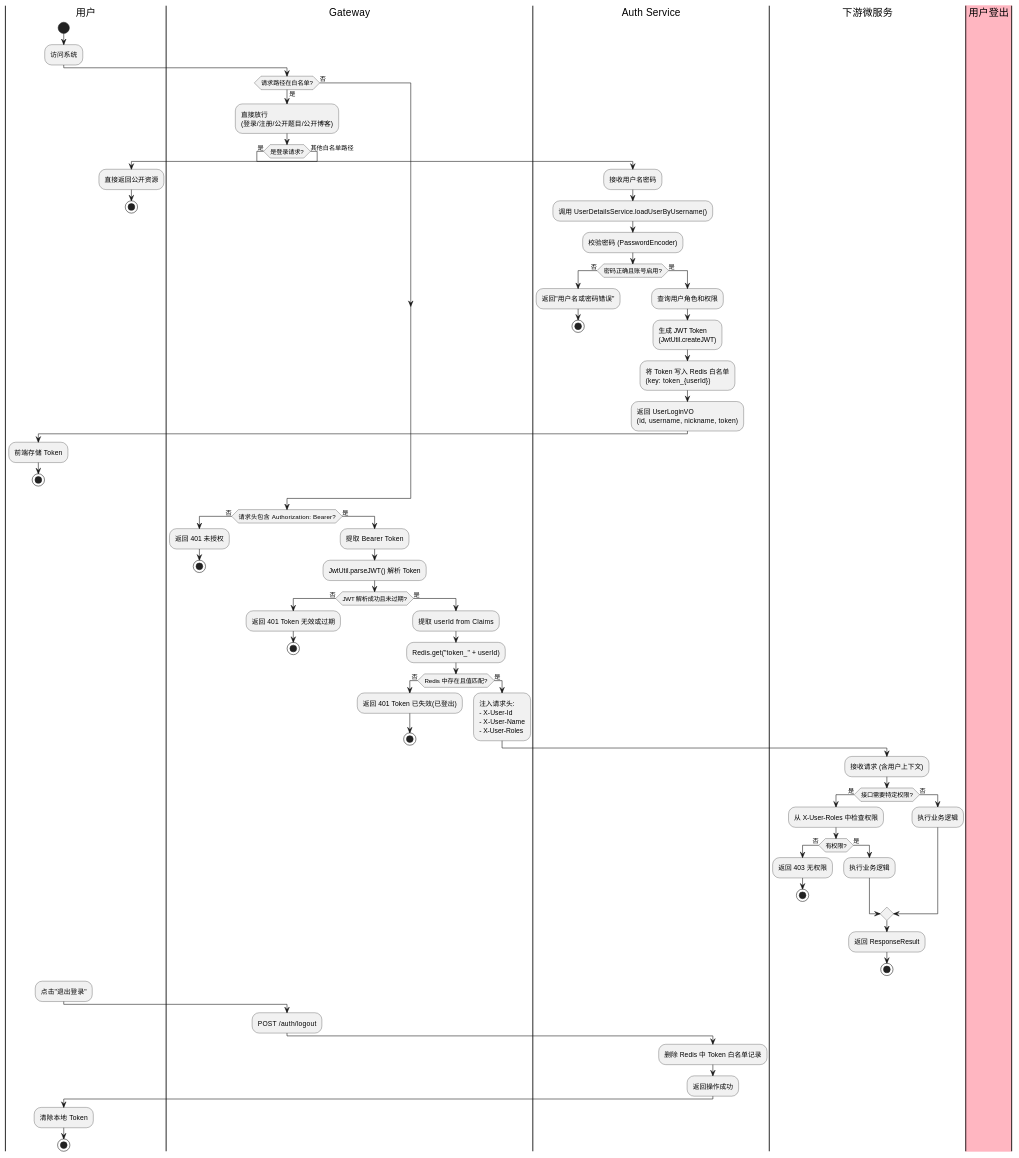
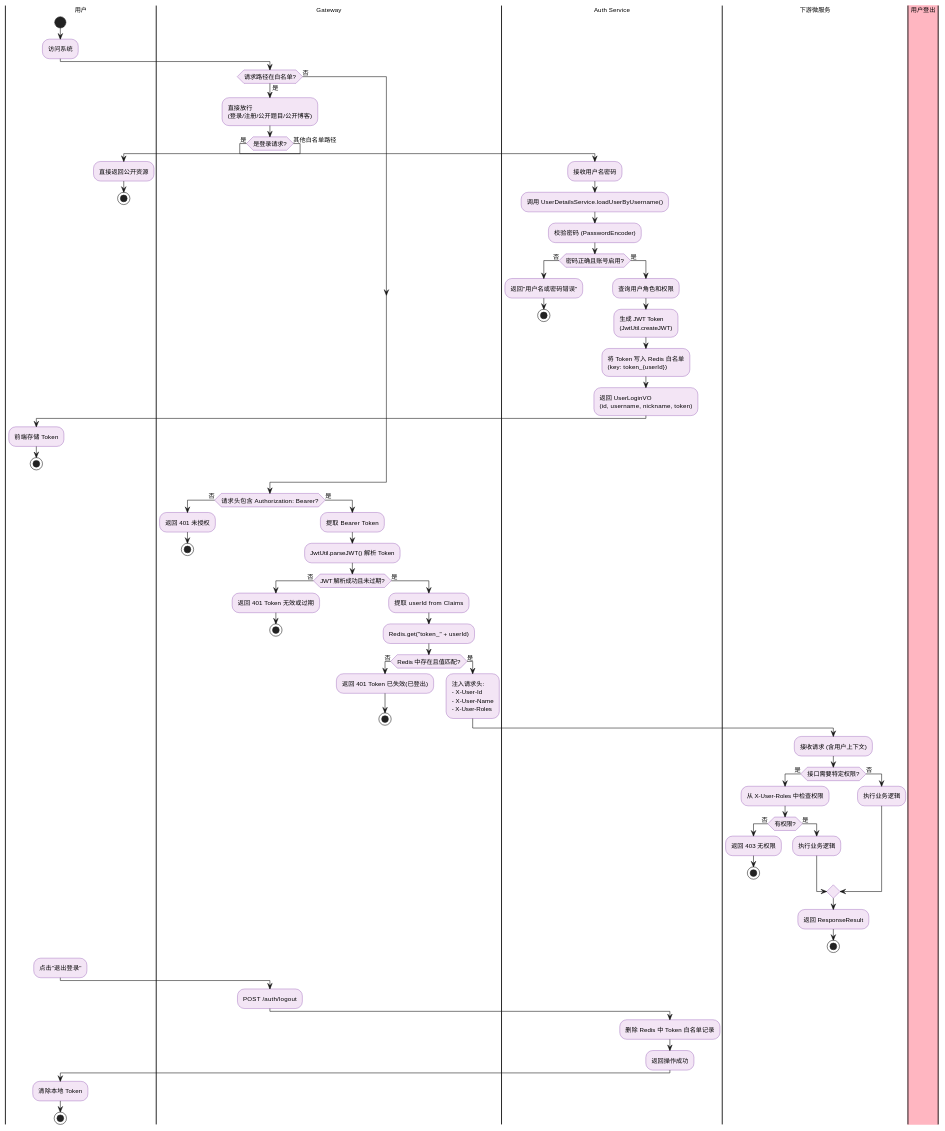
One commit to xiaohuanemiya/EmiyaOJ-Cloud changed the eighth of 14 diagrams in docs/UML2.0-完整建模.md. Above: the diagram before and after it, drawn with PlantUML. The commit also changed other lines of this file and 31 other files, not shown here.

````diff
--- a/docs/UML2.0-完整建模.md
+++ b/docs/UML2.0-完整建模.md
@@ -844,5 +874,12 @@
 ```plantuml
 @startuml Auth-Activity
+' ====== 美化设置 ======
+skinparam defaultFontSize 11
+skinparam activityBorderColor #6A1B9A
+skinparam activityBackgroundColor #F3E5F5
+skinparam startColor #C8E6C9
+skinparam endColor #FFCDD2
+
 |用户|
 start
 :访问系统;
````
